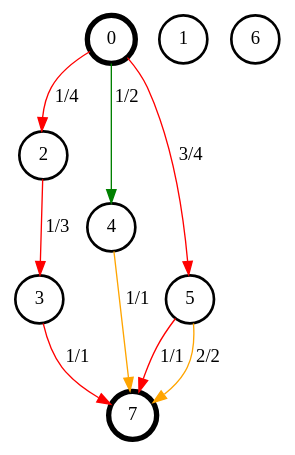
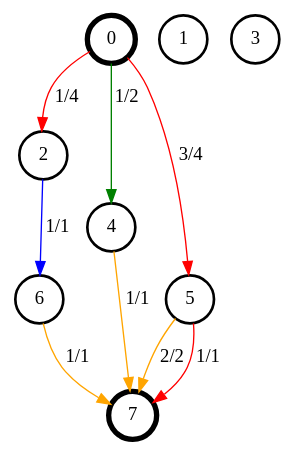
The diagram in figures/sol.gv (andreasfrom/theplayground), drawn with Graphviz before and after one commit. The commit also changed 28 other files, not shown here.

```diff
--- a/figures/sol.gv
+++ b/figures/sol.gv
@@ -1,23 +1,25 @@
 digraph G {
+
 margin = 0;
+
 forcelabels = true;
+
 node [ shape = circle, penwidth = 2 ];
 
 0 [ pos = "0,1!", penwidth = 4 ];
 1 [ pos = "2,2!" ];
 2 [ pos = "4,1!" ];
 3 [ pos = "4,3!" ];
 4 [ pos = "6,4!" ];
 5 [ pos = "9,1!" ];
 6 [ pos = "9,4!" ];
 7 [ pos = "9,3!", penwidth = 4 ];
-
+2 -> 6 [ label = "1/1", color = blue ];
+4 -> 7 [ label = "1/1", color = orange ];
+5 -> 7 [ label = "2/2", color = orange ];
+6 -> 7 [ label = "1/1", color = orange ];
 0 -> 2 [ label = "1/4", color = red ];
 0 -> 5 [ label = "3/4", color = red ];
-2 -> 3 [ label = "1/3", color = red ];
-3 -> 7 [ label = "1/1", color = red ];
 5 -> 7 [ label = "1/1", color = red ];
 0 -> 4 [ label = "1/2", color = green ];
-4 -> 7 [ label = "1/1", color = orange ];
-5 -> 7 [ label = "2/2", color = orange ];
 }
```
